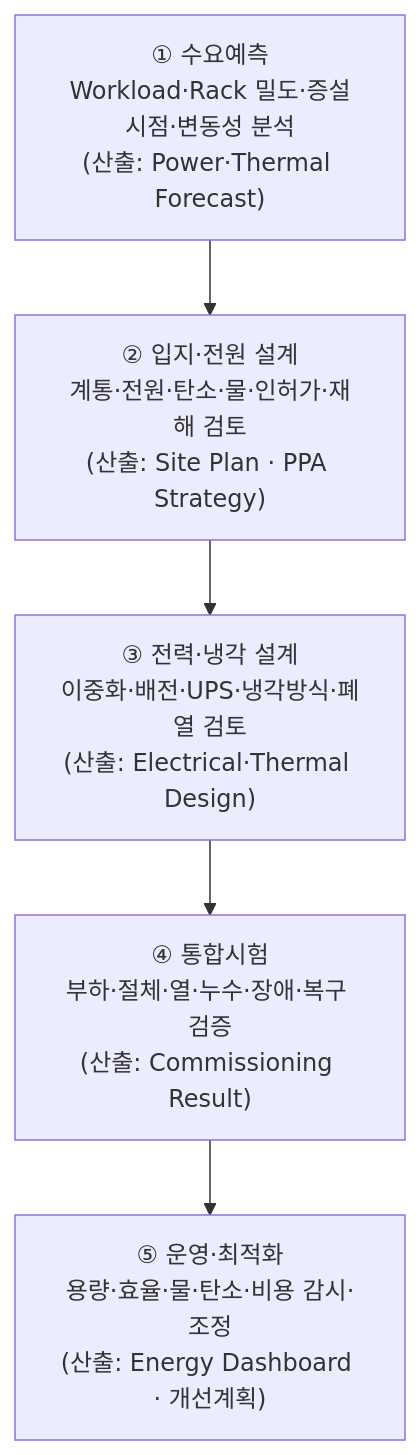
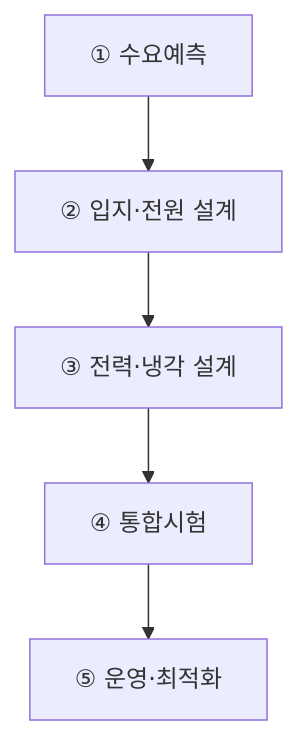
Before and after one commit to agnusdei1207/study: the first of 3 diagrams in src/content/docs/notes/itpe/01-it-strategy/060_ai_energy_infrastructure.md, drawn with Mermaid. The commit also changed other lines of this file and 19 other files, not shown here.

````diff
--- a/src/content/docs/notes/itpe/01-it-strategy/060_ai_energy_infrastructure.md
+++ b/src/content/docs/notes/itpe/01-it-strategy/060_ai_energy_infrastructure.md
@@ -62,10 +62,4 @@
 ```mermaid
 flowchart TD
-    S1["① 수요예측<br/>Workload·Rack 밀도·증설시점·변동성 분석<br/>(산출: Power·Thermal Forecast)"]
-    S2["② 입지·전원 설계<br/>계통·전원·탄소·물·인허가·재해 검토<br/>(산출: Site Plan · PPA Strategy)"]
-    S3["③ 전력·냉각 설계<br/>이중화·배전·UPS·냉각방식·폐열 검토<br/>(산출: Electrical·Thermal Design)"]
-    S4["④ 통합시험<br/>부하·절체·열·누수·장애·복구 검증<br/>(산출: Commissioning Result)"]
-    S5["⑤ 운영·최적화<br/>용량·효율·물·탄소·비용 감시·조정<br/>(산출: Energy Dashboard · 개선계획)"]
-
-    S1 --> S2 --> S3 --> S4 --> S5
+    S1["① 수요예측"] --> S2["② 입지·전원 설계"] --> S3["③ 전력·냉각 설계"] --> S4["④ 통합시험"] --> S5["⑤ 운영·최적화"]
 ```
````
